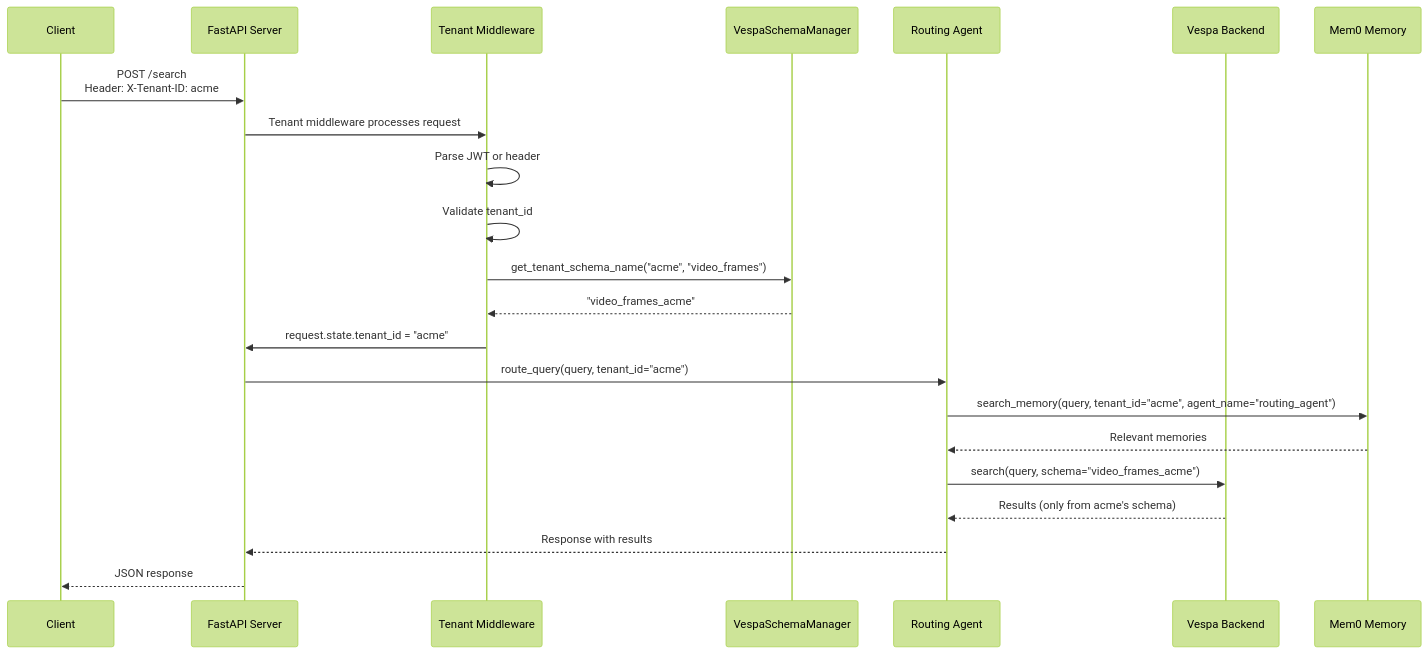
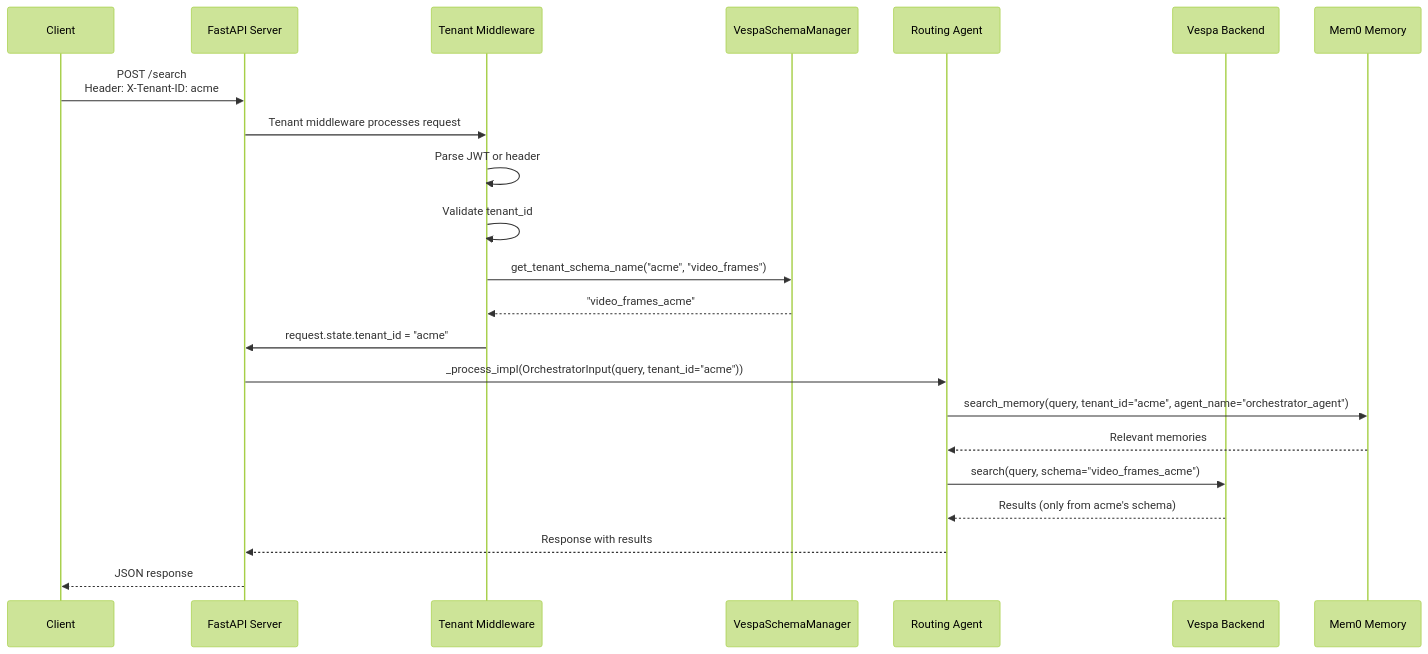
Before and after one commit to amit-jain/cogniverse: the second of 6 diagrams in docs/architecture/multi-tenant.md, drawn with Mermaid (forest theme). The commit also changed other lines of this file and 75 other files, not shown here.

First line of the commit message:
Remove RoutingAgent and replace with OrchestratorAgent dispatch

````diff
--- a/docs/architecture/multi-tenant.md
+++ b/docs/architecture/multi-tenant.md
@@ -440,26 +437,26 @@
 ```mermaid
 sequenceDiagram
     participant Client
     participant API as FastAPI Server
     participant Middleware as Tenant Middleware
     participant SchemaManager as VespaSchemaManager
     participant Agent as Routing Agent
     participant Vespa as Vespa Backend
     participant Memory as Mem0 Memory
 
     Client->>API: POST /search<br/>Header: X-Tenant-ID: acme
     API->>Middleware: Tenant middleware processes request
     Middleware->>Middleware: Parse JWT or header
     Middleware->>Middleware: Validate tenant_id
     Middleware->>SchemaManager: get_tenant_schema_name("acme", "video_frames")
     SchemaManager-->>Middleware: "video_frames_acme"
     Middleware->>API: request.state.tenant_id = "acme"
 
-    API->>Agent: route_query(query, tenant_id="acme")
-    Agent->>Memory: search_memory(query, tenant_id="acme", agent_name="routing_agent")
+    API->>Agent: _process_impl(OrchestratorInput(query, tenant_id="acme"))
+    Agent->>Memory: search_memory(query, tenant_id="acme", agent_name="orchestrator_agent")
     Memory-->>Agent: Relevant memories
     Agent->>Vespa: search(query, schema="video_frames_acme")
     Vespa-->>Agent: Results (only from acme's schema)
     Agent-->>API: Response with results
     API-->>Client: JSON response
 ```
````
